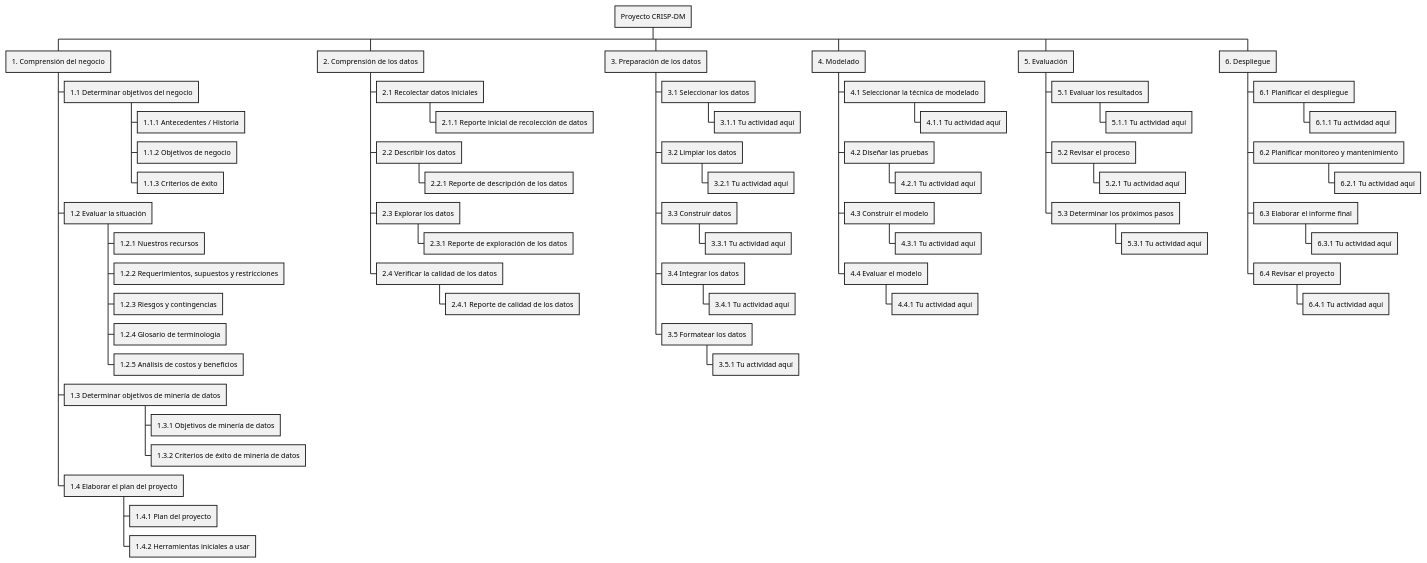
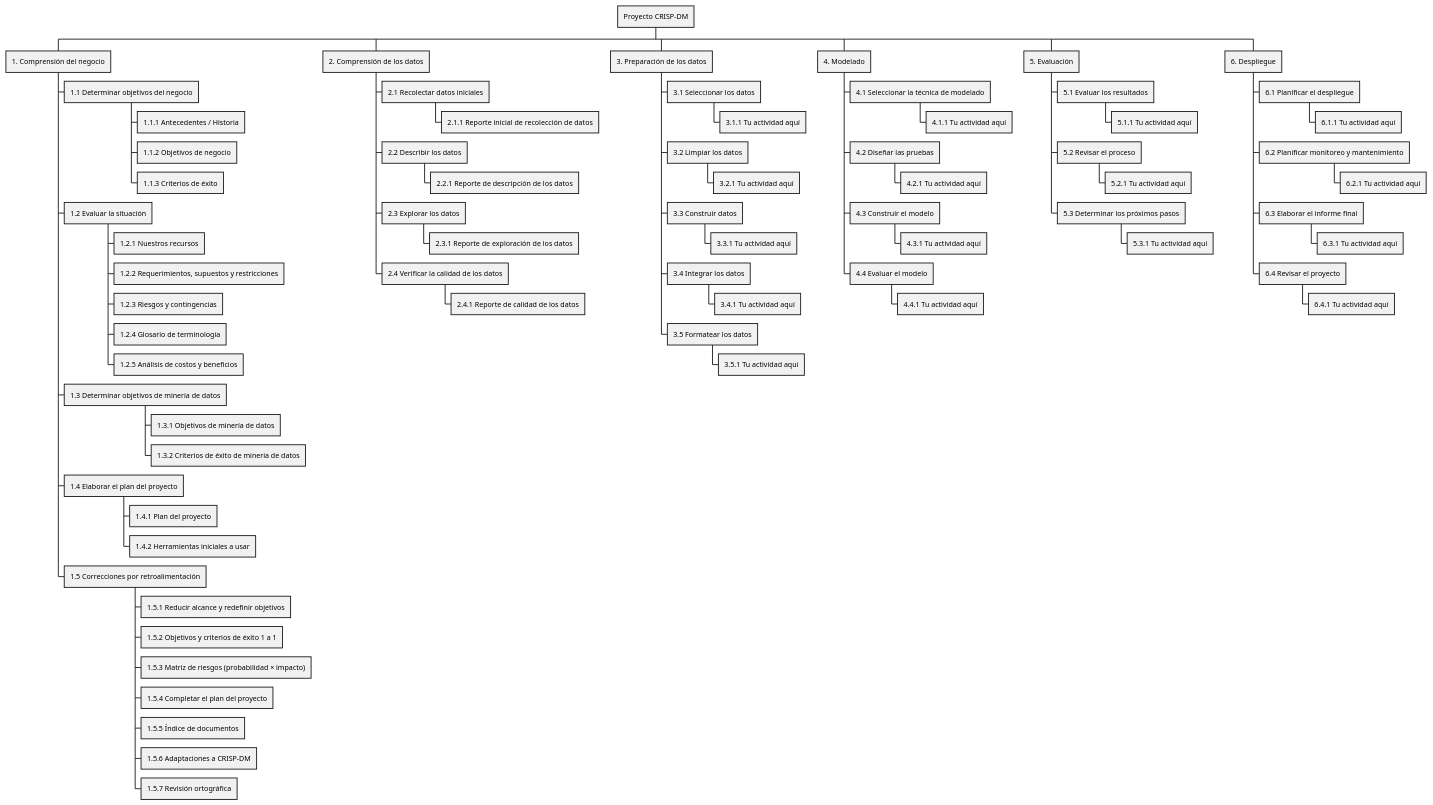
Before and after one commit to AIPorDefinir/ai-model-tutsipink: the diagram in docs/pvg/crisp-dm-wbs.puml, drawn with PlantUML. The commit also changed 2 other files, not shown here.

Commit message:
feat: agregar las correcciones de la retro como 1.5 en el PVG
Las correcciones de Comprensión del negocio se planean como 1.5, sin renumerar lo demás. Los issues se relacionan por el código del título (y por nombre si no coincide), así un nombre repetido no se engancha al issue equivocado.

```diff
--- a/docs/pvg/crisp-dm-wbs.puml
+++ b/docs/pvg/crisp-dm-wbs.puml
@@ -1,71 +1,79 @@
 @startwbs
 * Proyecto CRISP-DM
 
 ** 1. Comprensión del negocio
 *** 1.1 Determinar objetivos del negocio
 **** 1.1.1 Antecedentes / Historia
 **** 1.1.2 Objetivos de negocio
 **** 1.1.3 Criterios de éxito
 *** 1.2 Evaluar la situación
 **** 1.2.1 Nuestros recursos
 **** 1.2.2 Requerimientos, supuestos y restricciones
 **** 1.2.3 Riesgos y contingencias
 **** 1.2.4 Glosario de terminología
 **** 1.2.5 Análisis de costos y beneficios
 *** 1.3 Determinar objetivos de minería de datos
 **** 1.3.1 Objetivos de minería de datos
 **** 1.3.2 Criterios de éxito de minería de datos
 *** 1.4 Elaborar el plan del proyecto
 **** 1.4.1 Plan del proyecto
 **** 1.4.2 Herramientas iniciales a usar
+*** 1.5 Correcciones por retroalimentación
+**** 1.5.1 Reducir alcance y redefinir objetivos
+**** 1.5.2 Objetivos y criterios de éxito 1 a 1
+**** 1.5.3 Matriz de riesgos (probabilidad × impacto)
+**** 1.5.4 Completar el plan del proyecto
+**** 1.5.5 Índice de documentos
+**** 1.5.6 Adaptaciones a CRISP-DM
+**** 1.5.7 Revisión ortográfica
 
 ** 2. Comprensión de los datos
 *** 2.1 Recolectar datos iniciales
 **** 2.1.1 Reporte inicial de recolección de datos
 *** 2.2 Describir los datos
 **** 2.2.1 Reporte de descripción de los datos
 *** 2.3 Explorar los datos
 **** 2.3.1 Reporte de exploración de los datos
 *** 2.4 Verificar la calidad de los datos
 **** 2.4.1 Reporte de calidad de los datos
 
 ** 3. Preparación de los datos
 *** 3.1 Seleccionar los datos
 **** 3.1.1 Tu actividad aquí
 *** 3.2 Limpiar los datos
 **** 3.2.1 Tu actividad aquí
 *** 3.3 Construir datos
 **** 3.3.1 Tu actividad aquí
 *** 3.4 Integrar los datos
 **** 3.4.1 Tu actividad aquí
 *** 3.5 Formatear los datos
 **** 3.5.1 Tu actividad aquí
 
 ** 4. Modelado
 *** 4.1 Seleccionar la técnica de modelado
 **** 4.1.1 Tu actividad aquí
 *** 4.2 Diseñar las pruebas
 **** 4.2.1 Tu actividad aquí
 *** 4.3 Construir el modelo
 **** 4.3.1 Tu actividad aquí
 *** 4.4 Evaluar el modelo
 **** 4.4.1 Tu actividad aquí
 
 ** 5. Evaluación
 *** 5.1 Evaluar los resultados
 **** 5.1.1 Tu actividad aquí
 *** 5.2 Revisar el proceso
 **** 5.2.1 Tu actividad aquí
 *** 5.3 Determinar los próximos pasos
 **** 5.3.1 Tu actividad aquí
 
 ** 6. Despliegue
 *** 6.1 Planificar el despliegue
 **** 6.1.1 Tu actividad aquí
 *** 6.2 Planificar monitoreo y mantenimiento
 **** 6.2.1 Tu actividad aquí
 *** 6.3 Elaborar el informe final
 **** 6.3.1 Tu actividad aquí
 *** 6.4 Revisar el proyecto
 **** 6.4.1 Tu actividad aquí
 @endwbs
```
